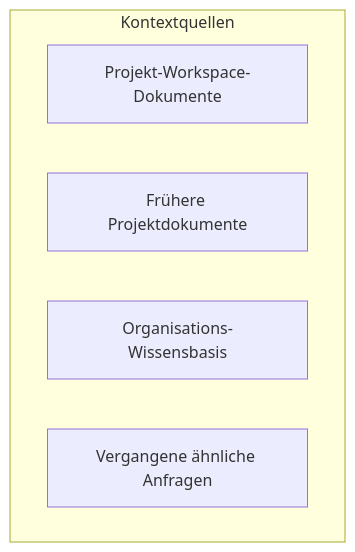
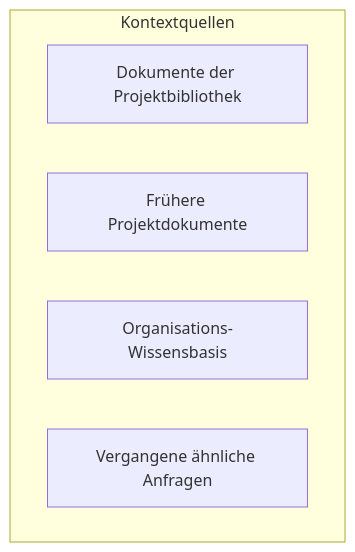
Before and after one commit to Fabric-Pro/fabric-oss: the third of 6 diagrams in apps/web/content/docs/agents/overview.de.mdx, drawn with Mermaid. The commit also changed 1129 other files, not shown here.

````diff
--- a/apps/web/content/docs/agents/overview.de.mdx
+++ b/apps/web/content/docs/agents/overview.de.mdx
@@ -155,9 +155,9 @@
 ```mermaid
 flowchart TB
     subgraph CTX["Kontextquellen"]
-        C1["Projekt-Workspace-Dokumente"]
+        C1["Dokumente der Projektbibliothek"]
         C2["Frühere Projektdokumente"]
         C3["Organisations-Wissensbasis"]
         C4["Vergangene ähnliche Anfragen"]
     end
 ```
````
